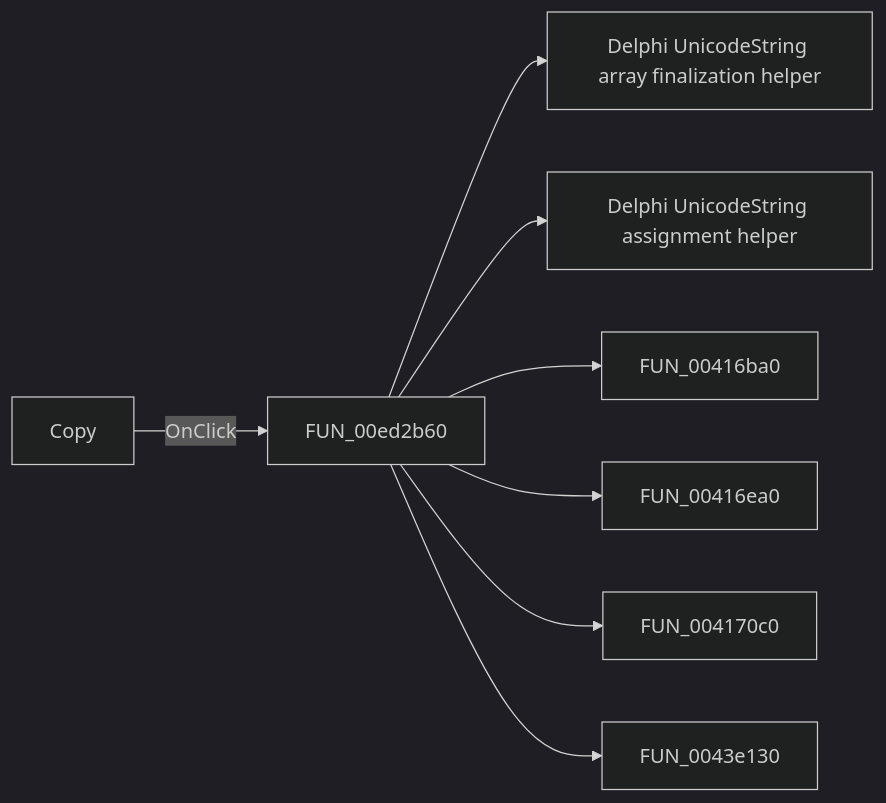
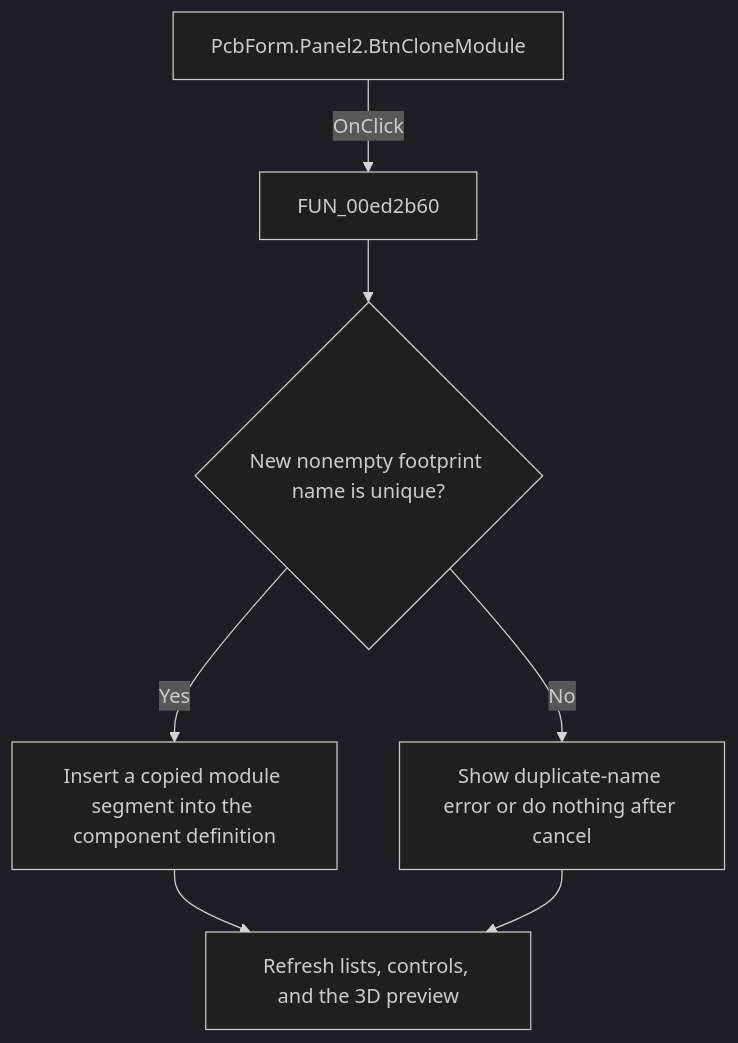
Before and after one commit to MovGP0/TIARA: the diagram in docs/ui-controls/pcbform/btnclonemodule-4288b279e3.md, drawn with Mermaid (dark theme). The commit also changed other lines of this file and 1062 other files, not shown here.

````diff
--- a/docs/ui-controls/pcbform/btnclonemodule-4288b279e3.md
+++ b/docs/ui-controls/pcbform/btnclonemodule-4288b279e3.md
@@ -27,10 +29,9 @@
 ```mermaid
-flowchart LR
-    control["Copy"] -->|OnClick| handler["FUN_00ed2b60"]
-    handler --> call1["Delphi UnicodeString array finalization helper"]
-    handler --> call2["Delphi UnicodeString assignment helper"]
-    handler --> call3["FUN_00416ba0"]
-    handler --> call4["FUN_00416ea0"]
-    handler --> call5["FUN_004170c0"]
-    handler --> call6["FUN_0043e130"]
+flowchart TD
+    control["PcbForm.Panel2.BtnCloneModule"] -->|OnClick| handler["FUN_00ed2b60"]
+    handler --> decision{"New nonempty footprint name is unique?"}
+    decision -->|Yes| action["Insert a copied module segment into the component definition"]
+    decision -->|No| noop["Show duplicate-name error or do nothing after cancel"]
+    action --> outcome["Refresh lists, controls, and the 3D preview"]
+    noop --> outcome
 ```
````
